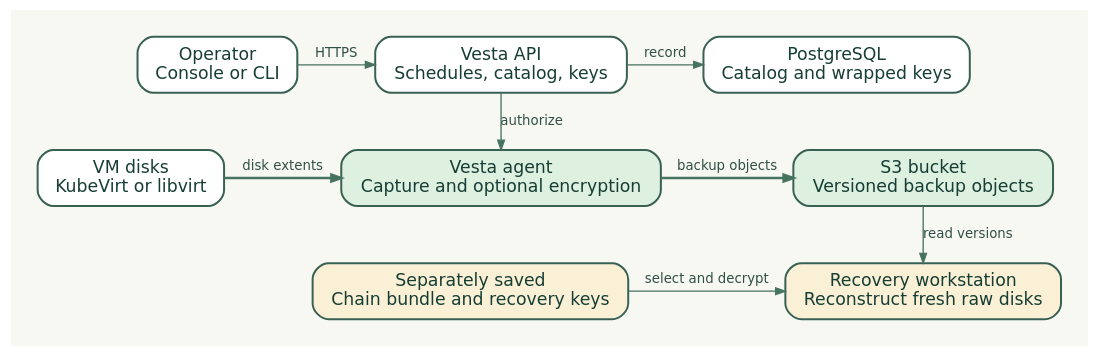
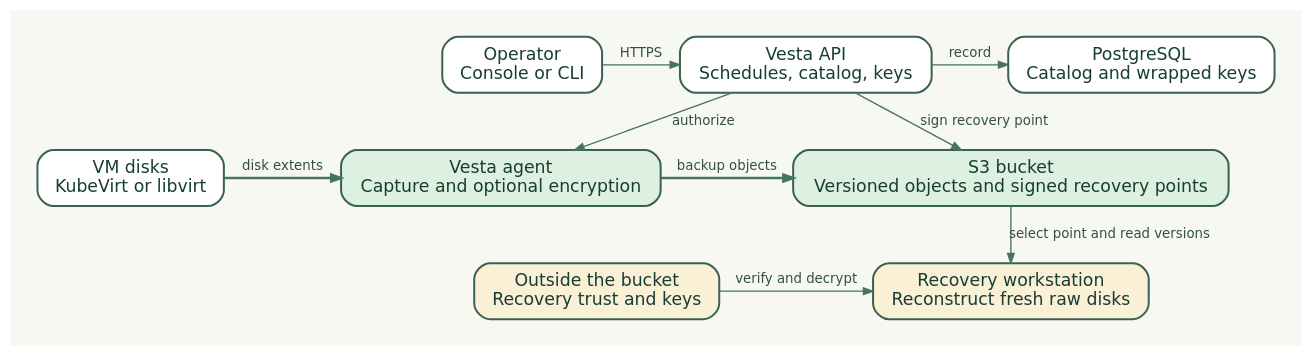
Before and after one commit to Insitu-IT/vesta: the diagram in packaging/community/media/backup-path.dot, drawn with Graphviz. The commit also changed 256 other files, not shown here.

```diff
--- a/packaging/community/media/backup-path.dot
+++ b/packaging/community/media/backup-path.dot
@@ -1,23 +1,24 @@
 digraph Backup {
   graph [rankdir=TB, bgcolor="#f7f8f2", pad="0.28", nodesep="0.38", ranksep="0.44", fontname="DejaVu Sans"];
   node [shape=box, style="rounded,filled", color="#396153", fillcolor="#ffffff", fontcolor="#173e35", fontname="DejaVu Sans", fontsize=13, margin="0.16,0.10", penwidth=1.5];
   edge [color="#477361", fontcolor="#314f46", fontname="DejaVu Sans", fontsize=10, arrowsize=0.72];
   console [label="Operator\nConsole or CLI"];
   api [label="Vesta API\nSchedules, catalog, keys"];
   db [label="PostgreSQL\nCatalog and wrapped keys"];
   vm [label="VM disks\nKubeVirt or libvirt"];
   agent [label="Vesta agent\nCapture and optional encryption", fillcolor="#def0df"];
-  bucket [label="S3 bucket\nVersioned backup objects", fillcolor="#def0df"];
-  saved [label="Separately saved\nChain bundle and recovery keys", fillcolor="#faf0d5"];
+  bucket [label="S3 bucket\nVersioned objects and signed recovery points", fillcolor="#def0df"];
+  saved [label="Outside the bucket\nRecovery trust and keys", fillcolor="#faf0d5"];
   reader [label="Recovery workstation\nReconstruct fresh raw disks", fillcolor="#faf0d5"];
   {rank=same; console; api; db}
   {rank=same; vm; agent; bucket}
   {rank=same; saved; reader}
   console -> api [label="HTTPS"];
   api -> db [label="record"];
   api -> agent [label="authorize"];
   vm -> agent [label="disk extents", penwidth=2];
   agent -> bucket [label="backup objects", penwidth=2];
-  bucket -> reader [label="read versions"];
-  saved -> reader [label="select and decrypt"];
+  api -> bucket [label="sign recovery point"];
+  bucket -> reader [label="select point and read versions"];
+  saved -> reader [label="verify and decrypt"];
 }
```
